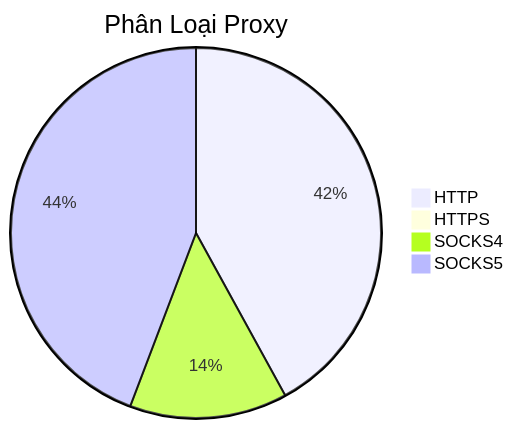
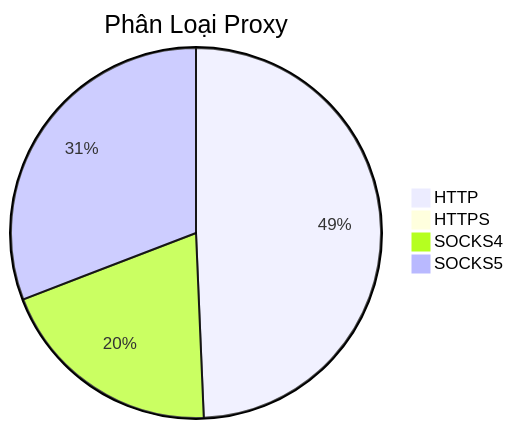
Before and after one commit to Ciara-12/PROXY-free: the diagram in README.md, drawn with Mermaid. The commit also changed other lines of this file and 4 other files, not shown here.

````diff
--- a/README.md
+++ b/README.md
@@ -26,7 +26,7 @@
 ```mermaid
 pie title Phân Loại Proxy
-    "HTTP" : 1382
-    "HTTPS" : 4
-    "SOCKS4" : 453
-    "SOCKS5" : 1455
+    "HTTP" : 955
+    "HTTPS" : 3
+    "SOCKS4" : 384
+    "SOCKS5" : 597
 ```
````
